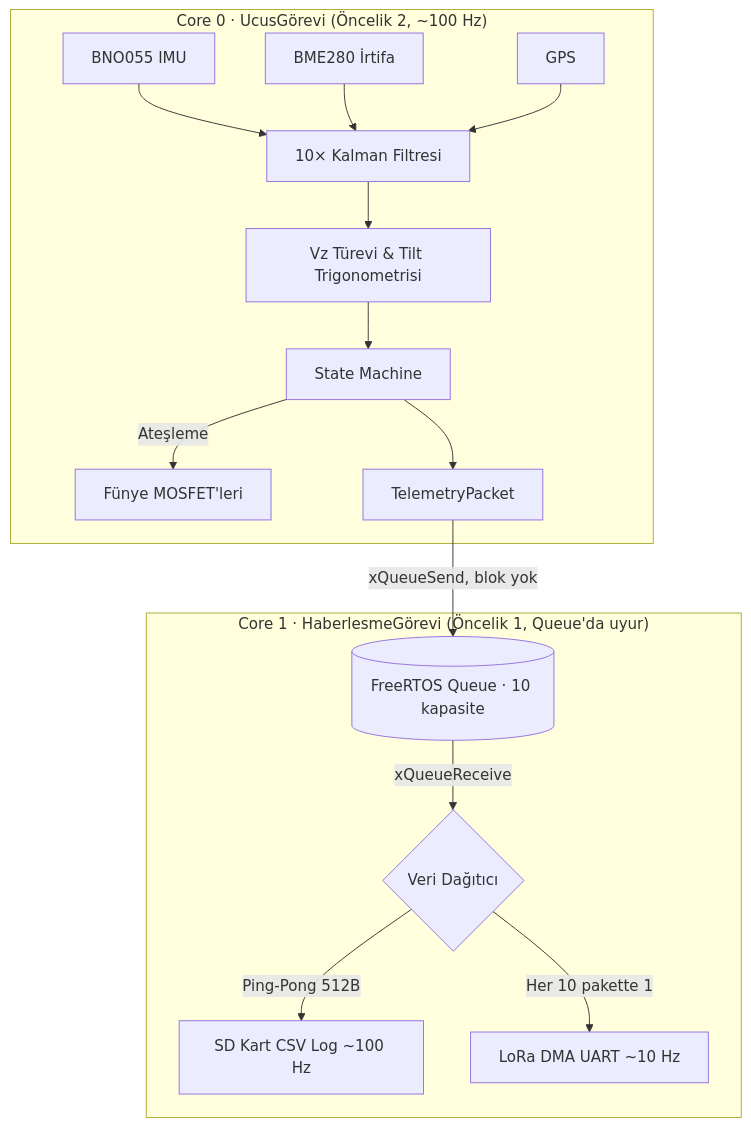
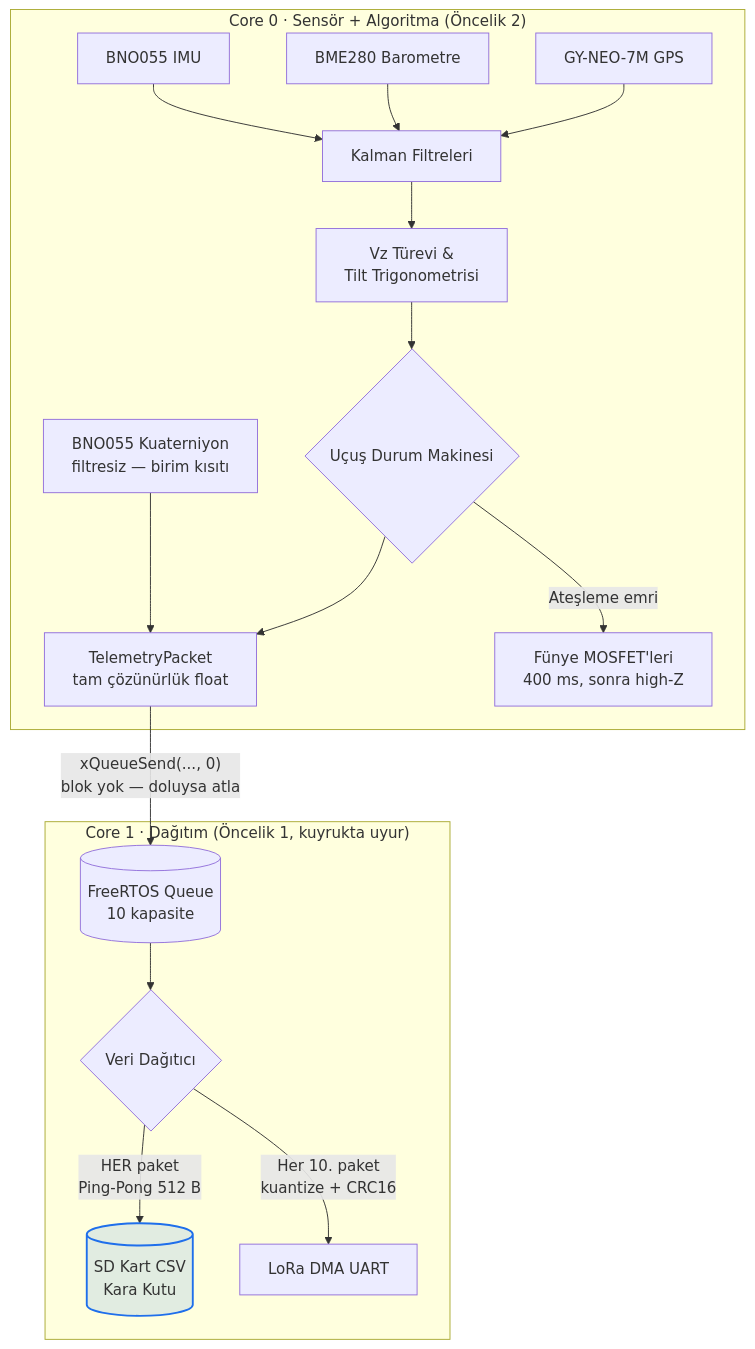
Before and after one commit to cinarunver/UcusYazilimi2026: the first of 3 diagrams in README.md, drawn with Mermaid. The commit also changed other lines of this file and 1 other file, not shown here.

````diff
--- a/README.md
+++ b/README.md
@@ -72,18 +119,24 @@
 ```mermaid
 graph TD
-    subgraph "Core 0 · UcusGörevi (Öncelik 2, ~100 Hz)"
-        S1[BNO055 IMU] & S2[BME280 İrtifa] & S3[GPS] --> KF[10× Kalman Filtresi]
-        KF --> CALC[Vz Türevi & Tilt Trigonometrisi]
-        CALC --> SM[State Machine]
-        SM --> |Ateşleme| F1[Fünye MOSFET'leri]
-        SM --> PKT[TelemetryPacket]
+    subgraph CORE0["Core 0 · Sensör + Algoritma (Öncelik 2)"]
+        S1[BNO055 IMU] --> KF[Kalman Filtreleri]
+        S2[BME280 Barometre] --> KF
+        S3[GY-NEO-7M GPS] --> KF
+        S4[BNO055 Kuaterniyon<br/>filtresiz — birim kısıtı] --> PKT
+        KF --> CALC[Vz Türevi &<br/>Tilt Trigonometrisi]
+        CALC --> SM{Uçuş Durum Makinesi}
+        SM -->|Ateşleme emri| F1[Fünye MOSFET'leri<br/>400 ms, sonra high-Z]
+        SM --> PKT[TelemetryPacket<br/>tam çözünürlük float]
     end
 
-    subgraph "Core 1 · HaberlesmeGörevi (Öncelik 1, Queue'da uyur)"
-        Q --> |xQueueReceive| DISPATCH{Veri Dağıtıcı}
-        DISPATCH --> |Ping-Pong 512B| SD[SD Kart CSV Log ~100 Hz]
-        DISPATCH --> |Her 10 pakette 1| LORA[LoRa DMA UART ~10 Hz]
+    PKT -->|"xQueueSend(..., 0)<br/>blok yok — doluysa atla"| Q[(FreeRTOS Queue<br/>10 kapasite)]
+
+    subgraph CORE1["Core 1 · Dağıtım (Öncelik 1, kuyrukta uyur)"]
+        Q --> DISPATCH{Veri Dağıtıcı}
+        DISPATCH -->|HER paket<br/>Ping-Pong 512 B| SD[(SD Kart CSV<br/>Kara Kutu)]
+        DISPATCH -->|Her 10. paket<br/>kuantize + CRC16| LORA[LoRa DMA UART]
     end
 
-    PKT -->|xQueueSend, blok yok| Q[(FreeRTOS Queue · 10 kapasite)]
+    classDef safe fill:#1f6feb22,stroke:#1f6feb,stroke-width:2px
+    class SD safe
 ```
````
